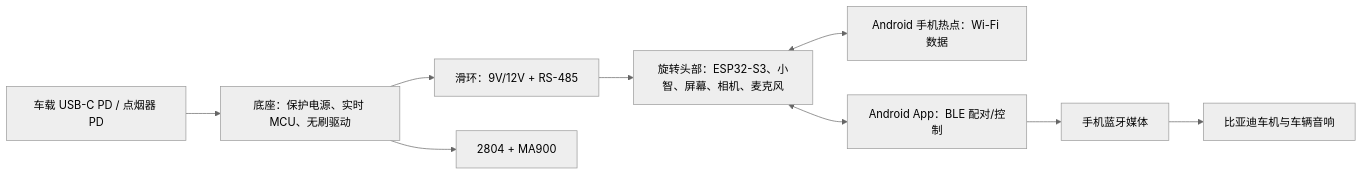
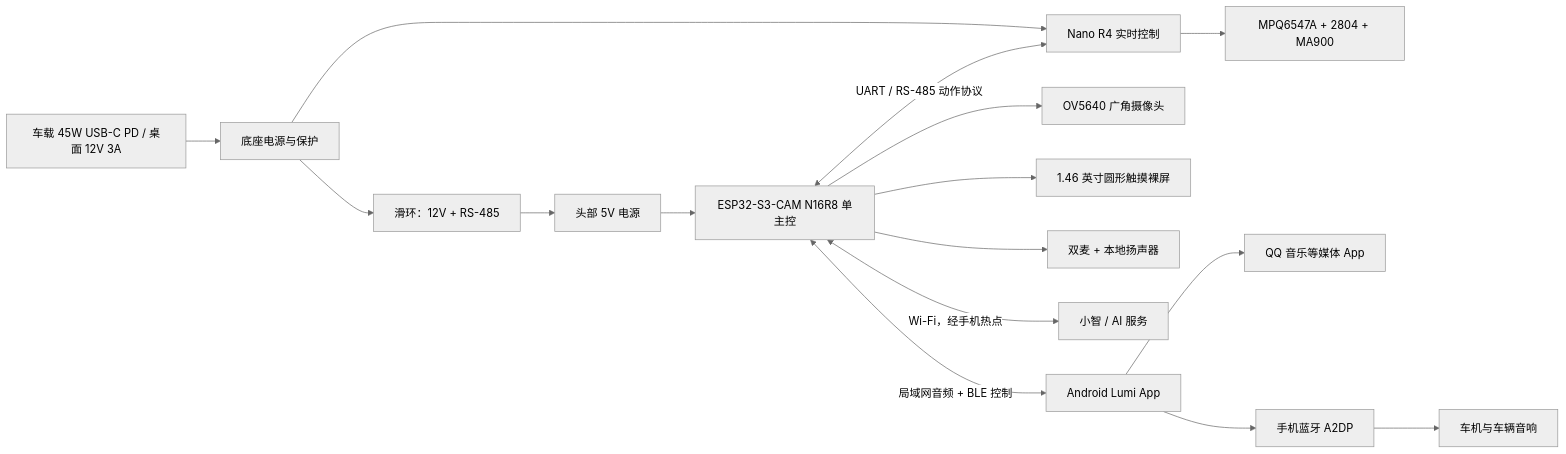
The diagram in Lumi_车载陪伴机器人_可行性方案_V1.md (zhangxiyu0819/Lumi), drawn with Mermaid (neutral theme) before and after one commit. The commit also changed other lines of this file, not shown here.

````diff
--- a/Lumi_车载陪伴机器人_可行性方案_V1.md
+++ b/Lumi_车载陪伴机器人_可行性方案_V1.md
@@ -36,11 +52,18 @@
 ```mermaid
 flowchart LR
-  P[车载 USB-C PD / 点烟器 PD] --> B[底座：保护电源、实时 MCU、无刷驱动]
-  B --> R[滑环：9V/12V + RS-485]
-  R --> H[旋转头部：ESP32-S3、小智、屏幕、相机、麦克风]
-  B --> M[2804 + MA900]
-  H <--> W[Android 手机热点：Wi-Fi 数据]
-  H <--> A[Android App：BLE 配对/控制]
-  A --> C[手机蓝牙媒体]
-  C --> V[比亚迪车机与车辆音响]
+  P["车载 45W USB-C PD / 桌面 12V 3A"] --> B["底座电源与保护"]
+  B --> N["Nano R4 实时控制"]
+  N --> F["MPQ6547A + 2804 + MA900"]
+  B --> R["滑环：12V + RS-485"]
+  R --> H["头部 5V 电源"]
+  H --> S["ESP32-S3-CAM N16R8 单主控"]
+  S --> C["OV5640 广角摄像头"]
+  S --> L["1.46 英寸圆形触摸裸屏"]
+  S --> A["双麦 + 本地扬声器"]
+  S <-->|"UART / RS-485 动作协议"| N
+  S <-->|"Wi-Fi，经手机热点"| X["小智 / AI 服务"]
+  S <-->|"局域网音频 + BLE 控制"| APP["Android Lumi App"]
+  APP --> Q["QQ 音乐等媒体 App"]
+  APP --> BT["手机蓝牙 A2DP"]
+  BT --> V["车机与车辆音响"]
 ```
````
